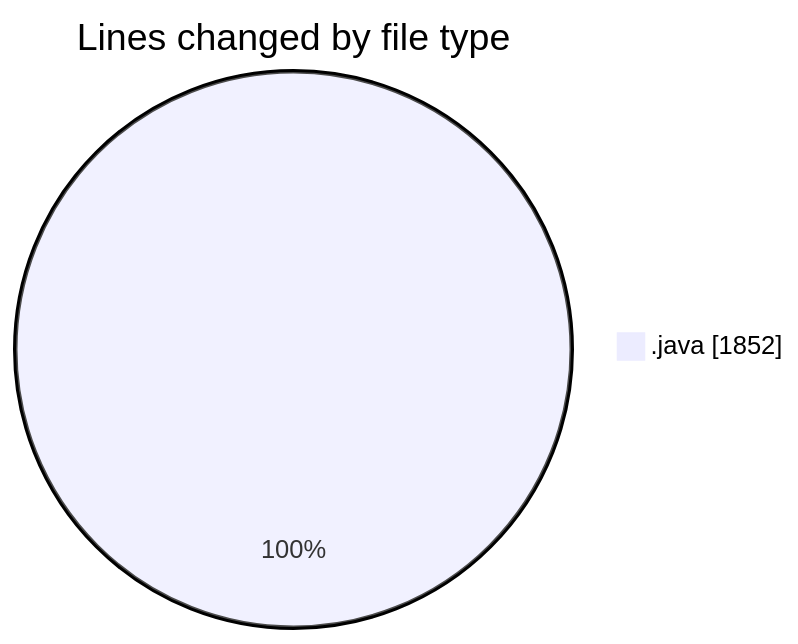
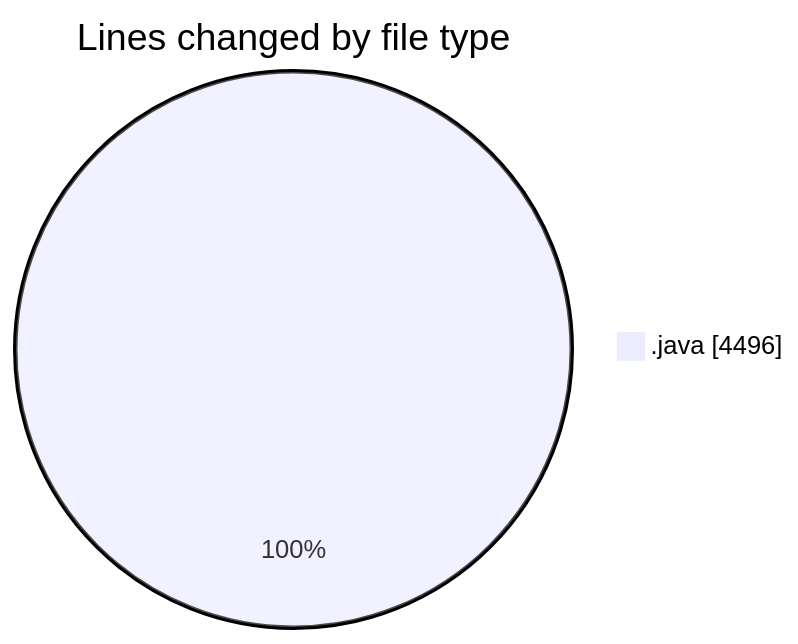
Before and after one commit to ricardozamudiocil/code-tracking: the first of 2 diagrams in 2026-05-13/cilapp/README.md, drawn with Mermaid. The commit also changed other lines of this file and 1 other file, not shown here.

````diff
--- a/2026-05-13/cilapp/README.md
+++ b/2026-05-13/cilapp/README.md
@@ -24,5 +25,5 @@
 ```mermaid
 pie showData
 title Lines changed by file type
-".java" : 1852
+".java" : 4496
 ```
````
